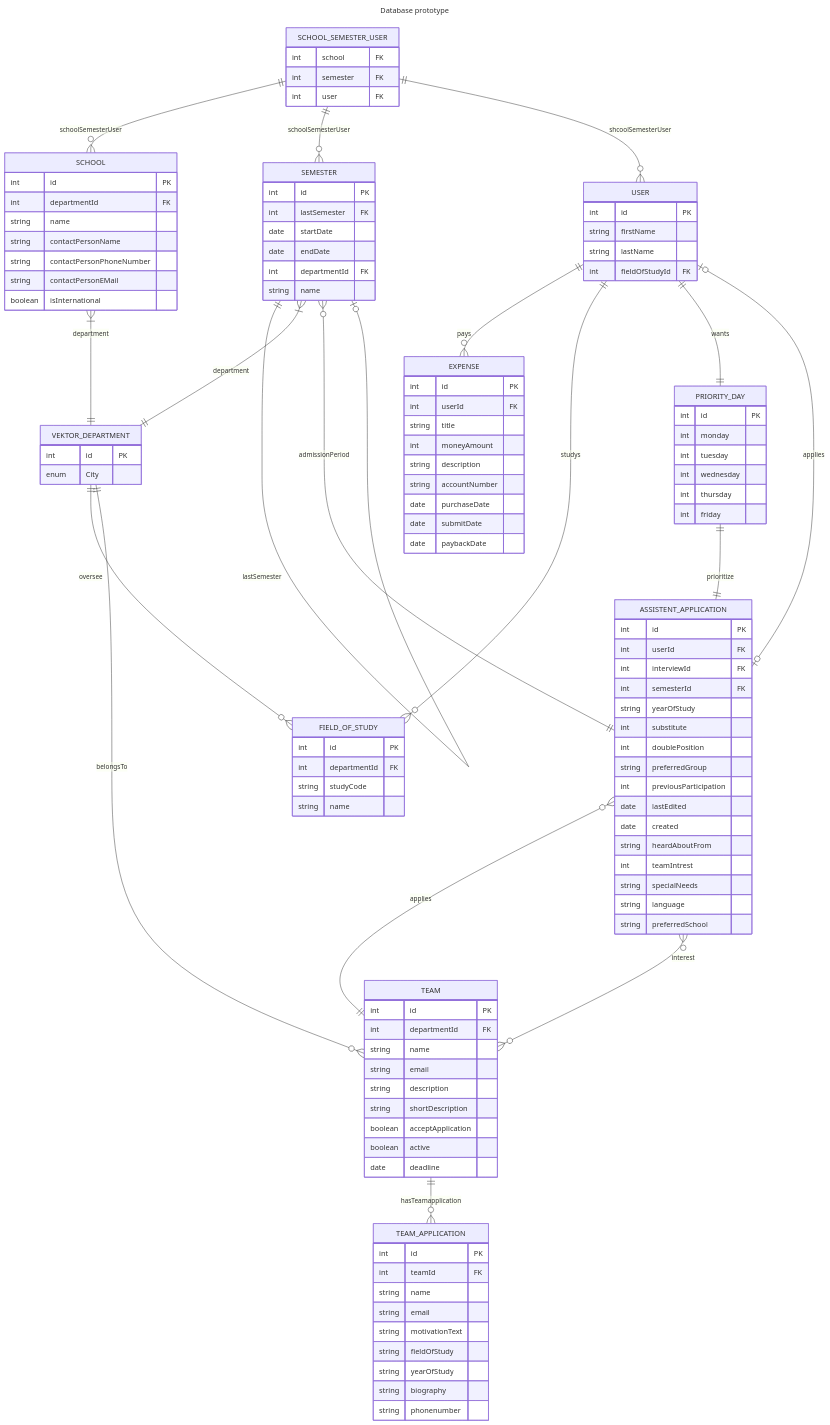
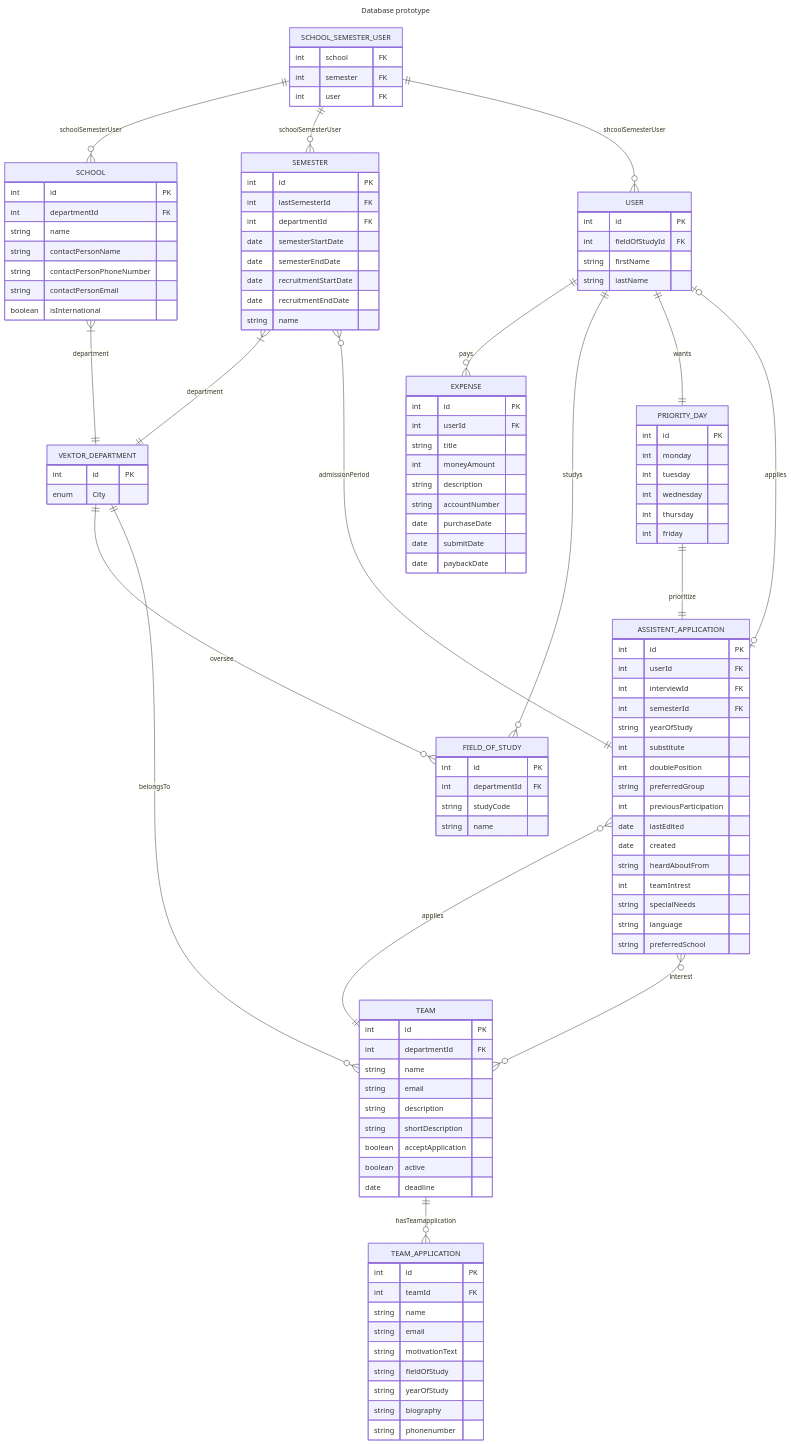
Before and after one commit to vektorprogrammet/api: the diagram in database-diagram.md, drawn with Mermaid. The commit also changed 2 other files, not shown here.

Commit message:
feat: :sparkles: Added base tables for schools and semesters

```diff
--- a/database-diagram.md
+++ b/database-diagram.md
@@ -7,9 +7,9 @@
 erDiagram
     USER {
         int id PK
+        int fieldOfStudyId FK
         string firstName
         string lastName 
-        int fieldOfStudyId FK
     }
     EXPENSE {
         int id PK
@@ -82,10 +82,12 @@
     }
     SEMESTER{
         int id PK
-        int lastSemester FK
-        date startDate
-        date endDate
+        int lastSemesterId FK
         int departmentId FK
+        date semesterStartDate
+        date semesterEndDate
+        date recruitmentStartDate
+        date recruitmentEndDate
         string name
     }
     SCHOOL{
@@ -94,7 +96,7 @@
         string name
         string contactPersonName
         string contactPersonPhoneNumber
-        string contactPersonEMail
+        string contactPersonEmail
         boolean isInternational
     }
     SCHOOL_SEMESTER_USER{
@@ -112,7 +114,6 @@
     USER ||--|| PRIORITY_DAY : wants
     TEAM }o--o{ ASSISTENT_APPLICATION : interest
     VEKTOR_DEPARTMENT ||--O{ TEAM : belongsTo
-    SEMESTER ||--o| SEMESTER : lastSemester
     SEMESTER }|--|| VEKTOR_DEPARTMENT : department
     SCHOOL }|--|| VEKTOR_DEPARTMENT : department
     SEMESTER }o--|| ASSISTENT_APPLICATION : admissionPeriod
```
